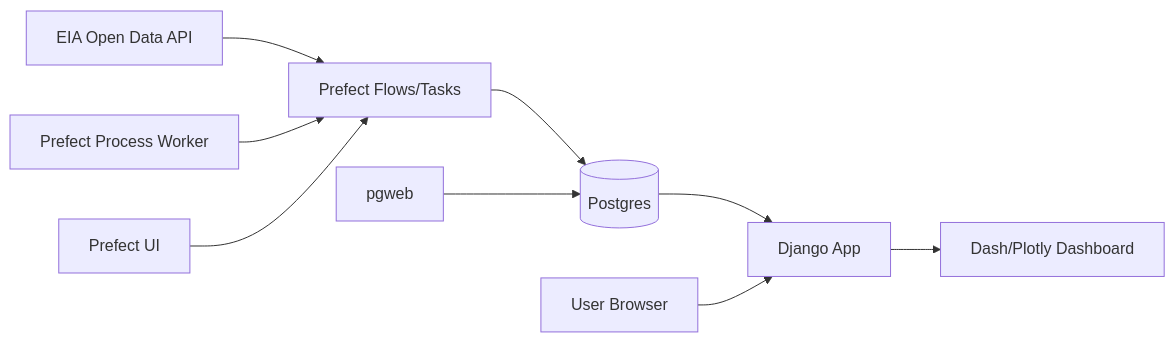
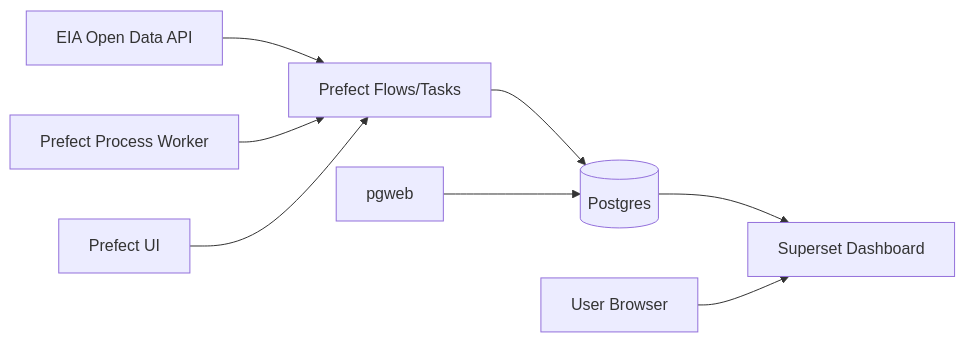
One commit to rosspalmer/energy-usa changed the first of 2 diagrams in README.md. Above: the diagram before and after it, drawn with Mermaid. The commit also changed other lines of this file and 90 other files, not shown here.

First line of the commit message:
consolidate ingest schema, remove Django, improve Prefect flows, seed Superset datasets

````diff
--- a/README.md
+++ b/README.md
@@ -28,12 +28,11 @@
 ```mermaid
 flowchart LR
     EIA[EIA Open Data API] --> Prefect[Prefect Flows/Tasks]
     Prefect --> PG[(Postgres)]
-    PG --> Django[Django App]
-    Django --> Dash[Dash/Plotly Dashboard]
+    PG --> Superset[Superset Dashboard]
 
-    User[User Browser] --> Django
+    User[User Browser] --> Superset
     Worker[Prefect Process Worker] --> Prefect
     PrefectUI[Prefect UI] --> Prefect
     Pgweb[pgweb] --> PG
 ```
````
